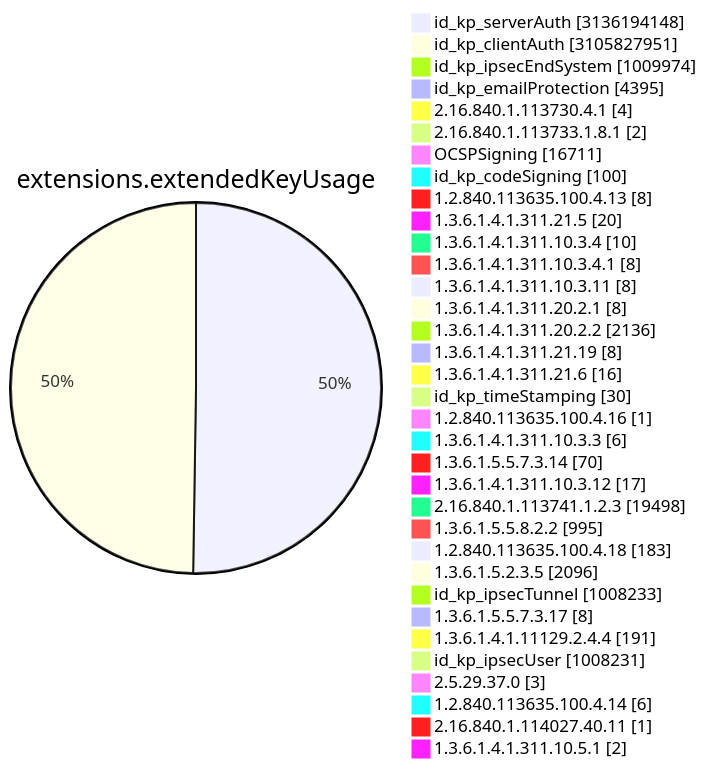
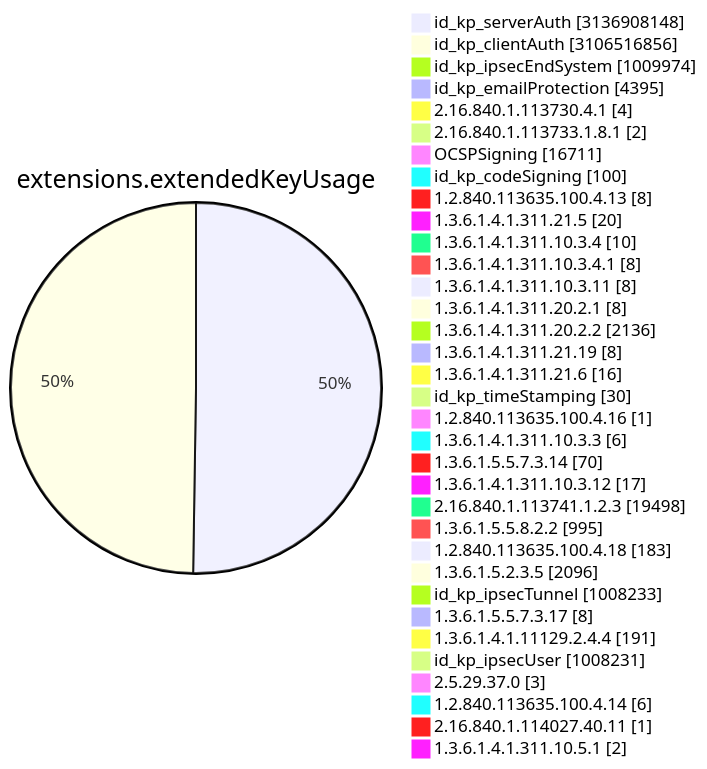
One commit to christiankrug/ctmonitor_visualization changed diagram 11 of 15 in TOTAL/README.md. Above: the diagram before and after it, drawn with Mermaid. The commit also changed other lines of this file, not shown here.

````diff
--- a/TOTAL/README.md
+++ b/TOTAL/README.md
@@ -4119,38 +4119,38 @@
 ```mermaid
 pie showData
 title extensions.extendedKeyUsage
-"id_kp_serverAuth" :3136194148
-"id_kp_clientAuth" :3105827951
+"id_kp_serverAuth" :3136908148
+"id_kp_clientAuth" :3106516856
 "id_kp_ipsecEndSystem" :1009974
 "id_kp_emailProtection" :4395
 "2.16.840.1.113730.4.1" :4
 "2.16.840.1.113733.1.8.1" :2
 "OCSPSigning" :16711
 "id_kp_codeSigning" :100
 "1.2.840.113635.100.4.13" :8
 "1.3.6.1.4.1.311.21.5" :20
 "1.3.6.1.4.1.311.10.3.4" :10
 "1.3.6.1.4.1.311.10.3.4.1" :8
 "1.3.6.1.4.1.311.10.3.11" :8
 "1.3.6.1.4.1.311.20.2.1" :8
 "1.3.6.1.4.1.311.20.2.2" :2136
 "1.3.6.1.4.1.311.21.19" :8
 "1.3.6.1.4.1.311.21.6" :16
 "id_kp_timeStamping" :30
 "1.2.840.113635.100.4.16" :1
 "1.3.6.1.4.1.311.10.3.3" :6
 "1.3.6.1.5.5.7.3.14" :70
 "1.3.6.1.4.1.311.10.3.12" :17
 "2.16.840.1.113741.1.2.3" :19498
 "1.3.6.1.5.5.8.2.2" :995
 "1.2.840.113635.100.4.18" :183
 "1.3.6.1.5.2.3.5" :2096
 "id_kp_ipsecTunnel" :1008233
 "1.3.6.1.5.5.7.3.17" :8
 "1.3.6.1.4.1.11129.2.4.4" :191
 "id_kp_ipsecUser" :1008231
 "2.5.29.37.0" :3
 "1.2.840.113635.100.4.14" :6
 "2.16.840.1.114027.40.11" :1
 "1.3.6.1.4.1.311.10.5.1" :2
 ```
````
